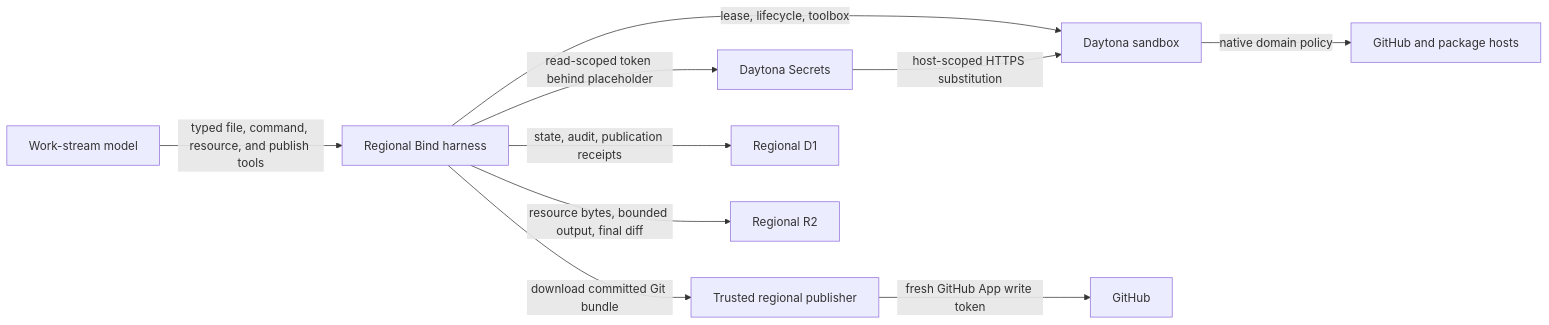
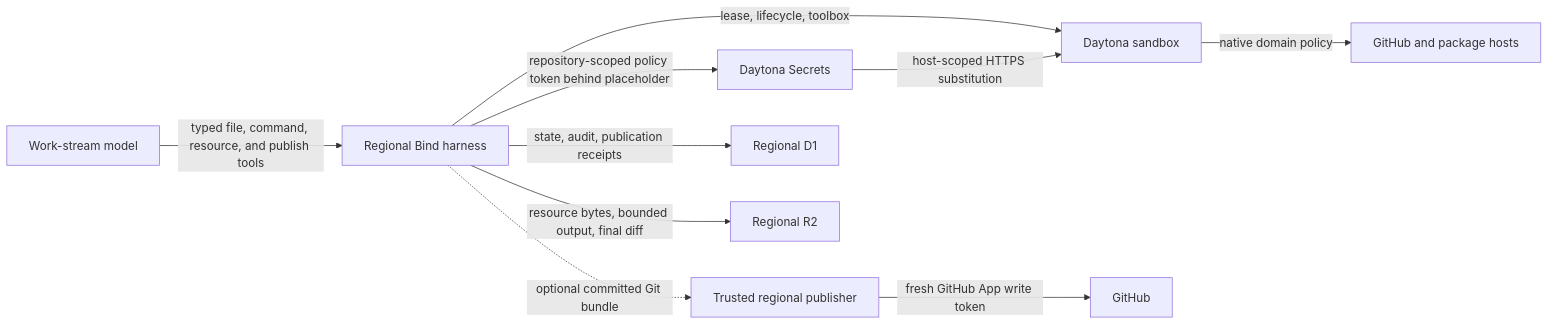
The first of 2 diagrams in docs/PRDs/2026-08-12_daytona-terminal-git-github/design.md (juno-ai-labs/avalon), drawn with Mermaid before and after one commit. The commit also changed other lines of this file and 45 other files, not shown here.

````diff
--- a/docs/PRDs/2026-08-12_daytona-terminal-git-github/design.md
+++ b/docs/PRDs/2026-08-12_daytona-terminal-git-github/design.md
@@ -8,12 +8,12 @@
 ```mermaid
 flowchart LR
     M["Work-stream model"] -->|"typed file, command, resource, and publish tools"| H["Regional Bind harness"]
     H -->|"lease, lifecycle, toolbox"| D["Daytona sandbox"]
-    H -->|"read-scoped token behind placeholder"| S["Daytona Secrets"]
+    H -->|"repository-scoped policy token behind placeholder"| S["Daytona Secrets"]
     S -->|"host-scoped HTTPS substitution"| D
     D -->|"native domain policy"| GH["GitHub and package hosts"]
-    H -->|"download committed Git bundle"| P["Trusted regional publisher"]
+    H -.->|"optional committed Git bundle"| P["Trusted regional publisher"]
     P -->|"fresh GitHub App write token"| API["GitHub"]
     H -->|"state, audit, publication receipts"| DB["Regional D1"]
     H -->|"resource bytes, bounded output, final diff"| R2["Regional R2"]
 ```
````
